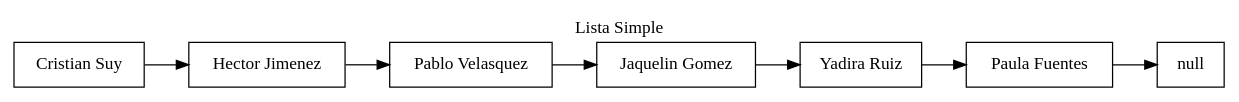
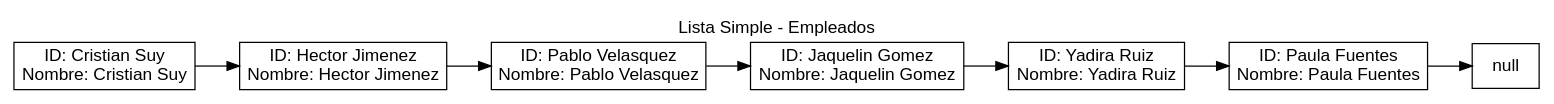
The diagram in Reportes/ListaSimple.dot (brandonT2002/EDD_VJ1S2023_PY_202112030), drawn with Graphviz before and after one commit. The commit also changed 8 other files, not shown here.

```diff
--- a/Reportes/ListaSimple.dot
+++ b/Reportes/ListaSimple.dot
@@ -1,13 +1,13 @@
 digraph G {
-label="Lista Simple"
+fontname="Arial"label="Lista Simple - Empleados"
 labelloc = t
 rankdir=LR;
-node[shape="box"];
-nodo_0 [label="Cristian Suy"];
-nodo_1 [label="Hector Jimenez"];
-nodo_2 [label="Pablo Velasquez"];
-nodo_3 [label="Jaquelin Gomez"];
-nodo_4 [label="Yadira Ruiz"];
-nodo_5 [label="Paula Fuentes"];
+node[shape="box" fontname="Arial"];
+nodo_0 [label="ID: Cristian Suy\nNombre: Cristian Suy"];
+nodo_1 [label="ID: Hector Jimenez\nNombre: Hector Jimenez"];
+nodo_2 [label="ID: Pablo Velasquez\nNombre: Pablo Velasquez"];
+nodo_3 [label="ID: Jaquelin Gomez\nNombre: Jaquelin Gomez"];
+nodo_4 [label="ID: Yadira Ruiz\nNombre: Yadira Ruiz"];
+nodo_5 [label="ID: Paula Fuentes\nNombre: Paula Fuentes"];
 nodo_0 -> nodo_1 -> nodo_2 -> nodo_3 -> nodo_4 -> nodo_5 -> null;
 }
```
